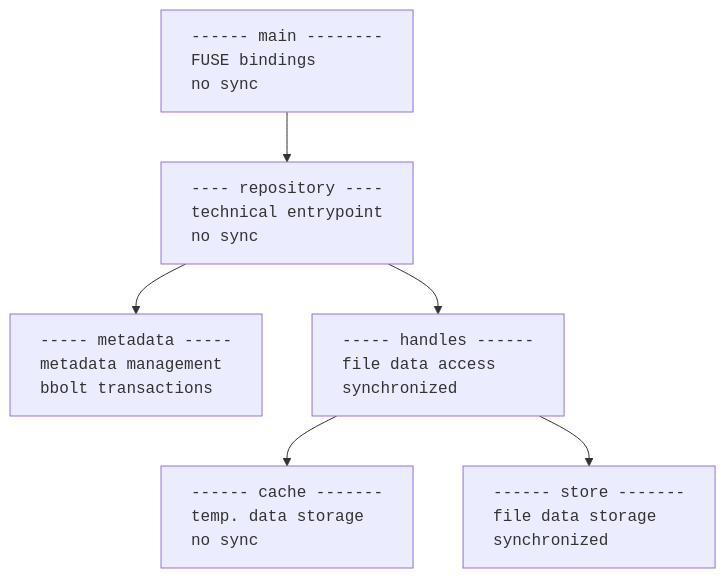
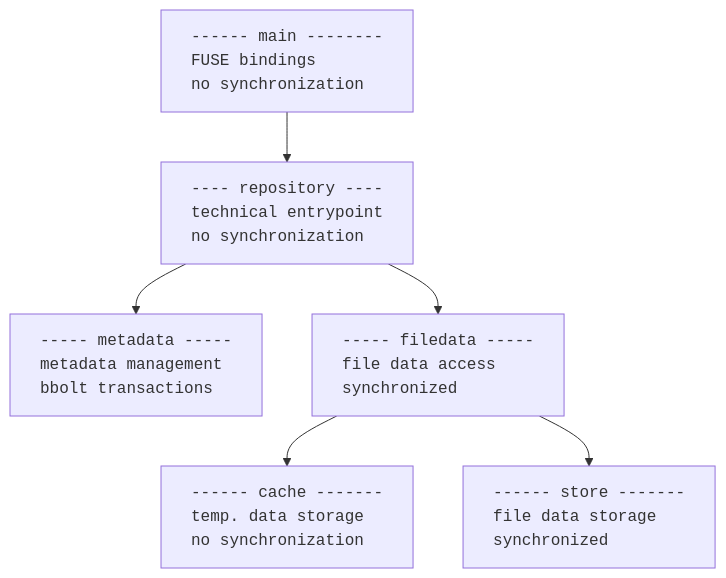
One commit to gdiet/backup changed the diagram in README.md. Above: the diagram before and after it, drawn with Mermaid. The commit also changed other lines of this file and 1 other file, not shown here.

Commit message:
update plan

````diff
--- a/README.md
+++ b/README.md
@@ -14,39 +14,39 @@
 ```mermaid
 graph TD
   main --> repo
   repo --> metadata
-  repo --> handles
-  handles --> cache
-  handles --> store
+  repo --> filedata
+  filedata --> cache
+  filedata --> store
   main[
     ------ main --------
     FUSE bindings
-    no sync
+    no synchronization
   ]
   repo[
     ---- repository ----
     technical entrypoint
-    no sync
+    no synchronization
   ]
   metadata[
     ----- metadata -----
     metadata management
     bbolt transactions
   ]
-  handles[
-    ----- handles ------
+  filedata[
+    ----- filedata -----
     file data access
     synchronized
   ]
   cache[
     ------ cache -------
     temp. data storage
-    no sync
+    no synchronization
   ]
   store[
     ------ store -------
     file data storage
     synchronized
   ]
   classDef default font-family:monospace,text-align:left;
 ```
````
